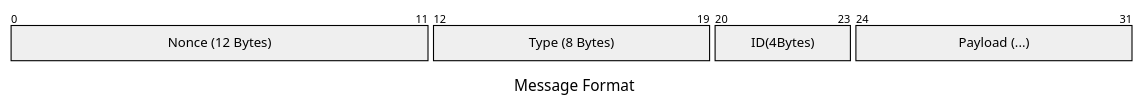
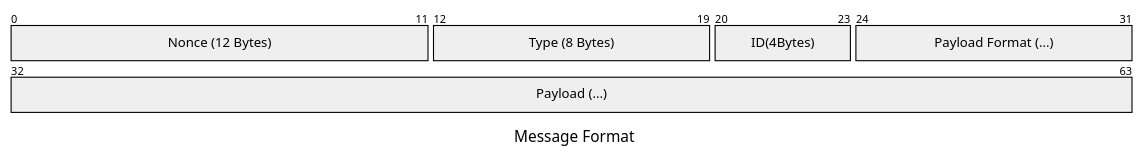
The first of 12 diagrams in notes/Terms.md (seblin-1230/Tillampad-Project-2), drawn with Mermaid before and after one commit. The commit also changed other lines of this file and 43 other files, not shown here.

````diff
--- a/notes/Terms.md
+++ b/notes/Terms.md
@@ -37,10 +37,11 @@
 ```mermaid
 ---
 title: "Message Format"
 ---
 packet-beta
 0-11: "Nonce (12 Bytes)"
 12-19: "Type (8 Bytes)"
 20-23: "ID(4Bytes)"
-24-31: "Payload (...)"
+24-31: "Payload Format (...)"
+32-63: "Payload (...)"
 ```
````
